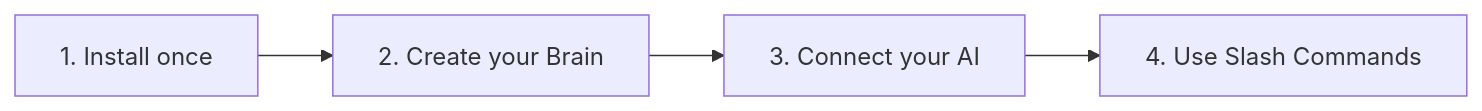
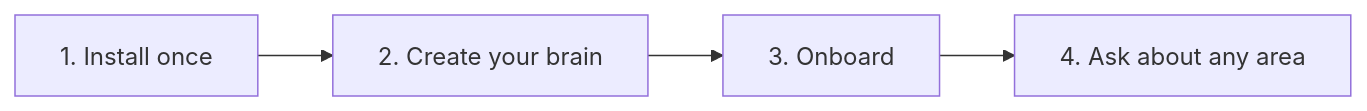
Before and after one commit to CarlosLeonCode/clc-copilot-brain: the diagram in README.md, drawn with Mermaid. The commit also changed other lines of this file and 1 other file, not shown here.

````diff
--- a/README.md
+++ b/README.md
@@ -33,6 +131,4 @@
 ```mermaid
 flowchart LR
-    A["1. Install once"] --> B["2. Create your Brain"]
-    B --> C["3. Connect your AI"]
-    C --> D["4. Use Slash Commands"]
+    A["1. Install once"] --> B["2. Create your brain"] --> C["3. Onboard"] --> D["4. Ask about any area"]
 ```
````
